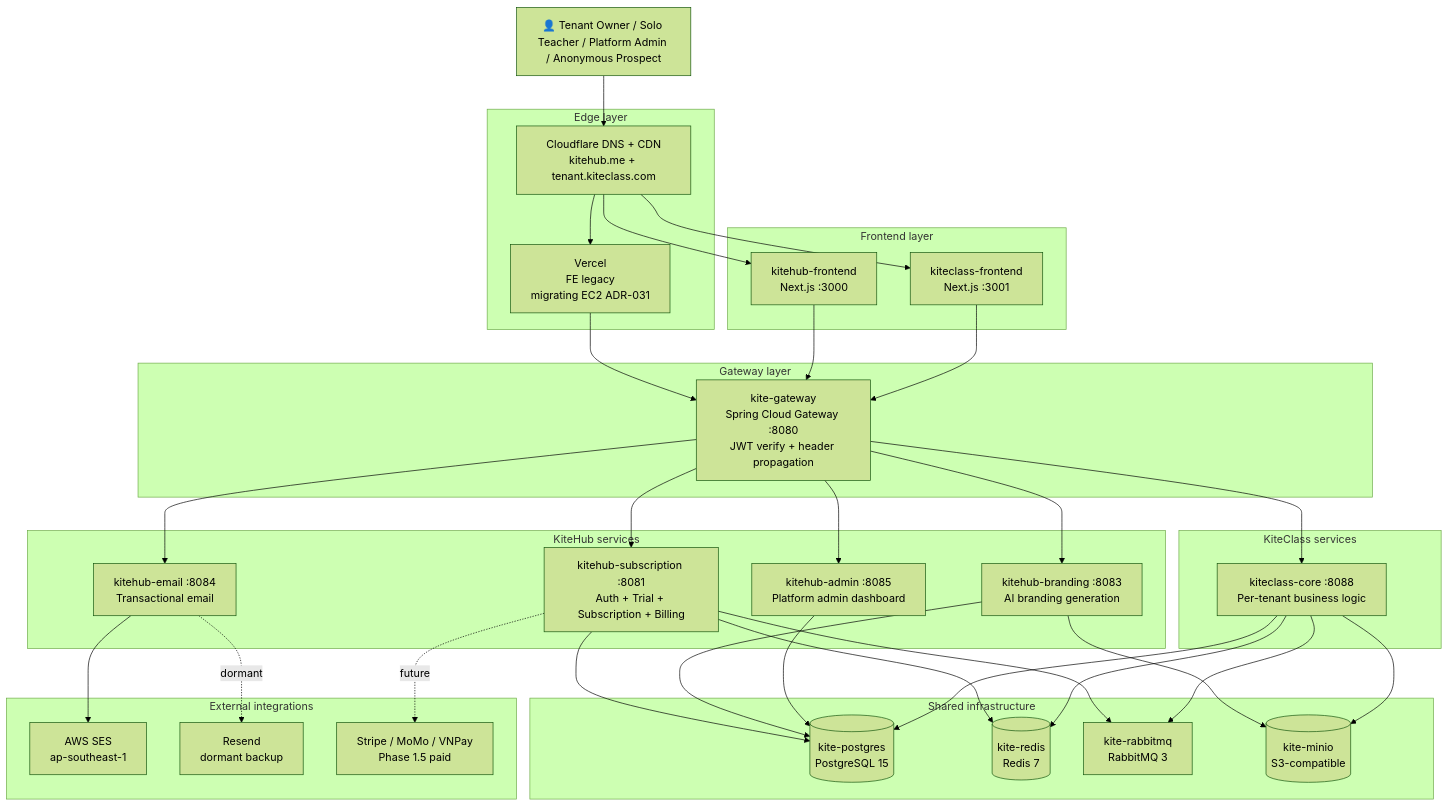
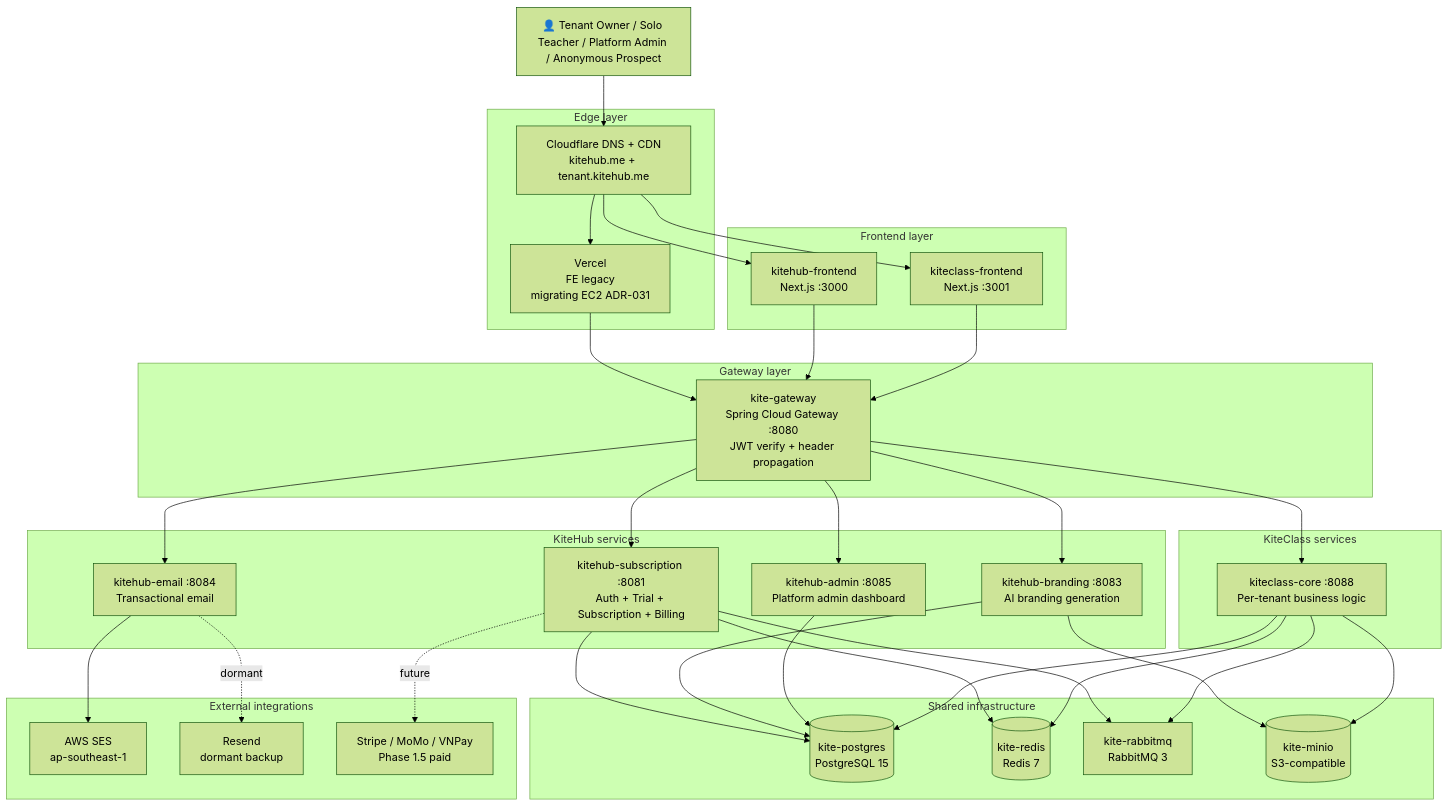
The first of 5 diagrams in documents/02-architecture/kitehub-architecture.md (VictorAurelius/2026-Kite-Class-Platform), drawn with Mermaid (forest theme) before and after one commit. The commit also changed other lines of this file and 278 other files, not shown here.

First line of the commit message:
fix(domain): sweep stale kiteclass.vn/.com → canonical kitehub.me ({slug}.kitehub.me tenant) + CI detector (GAP-1241) (#2374)

````diff
--- a/documents/02-architecture/kitehub-architecture.md
+++ b/documents/02-architecture/kitehub-architecture.md
@@ -31,68 +31,68 @@
 ```mermaid
 flowchart TB
     User[👤 Tenant Owner / Solo Teacher / Platform Admin / Anonymous Prospect]
 
     subgraph Edge[Edge layer]
-        CF[Cloudflare DNS + CDN<br/>kitehub.me + tenant.kiteclass.com]
+        CF[Cloudflare DNS + CDN<br/>kitehub.me + tenant.kitehub.me]
         Vercel[Vercel<br/>FE legacy<br/>migrating EC2 ADR-031]
     end
 
     subgraph FE[Frontend layer]
         KH_FE[kitehub-frontend<br/>Next.js :3000]
         KC_FE[kiteclass-frontend<br/>Next.js :3001]
     end
 
     subgraph GW[Gateway layer]
         Gateway[kite-gateway<br/>Spring Cloud Gateway :8080<br/>JWT verify + header propagation]
     end
 
     subgraph KH[KiteHub services]
         Sub[kitehub-subscription :8081<br/>Auth + Trial + Subscription + Billing]
         Brand[kitehub-branding :8083<br/>AI branding generation]
         Email[kitehub-email :8084<br/>Transactional email]
         Admin[kitehub-admin :8085<br/>Platform admin dashboard]
     end
 
     subgraph KC[KiteClass services]
         Core[kiteclass-core :8088<br/>Per-tenant business logic]
     end
 
     subgraph Shared[Shared infrastructure]
         PG[(kite-postgres<br/>PostgreSQL 15)]
         Redis[(kite-redis<br/>Redis 7)]
         MQ[kite-rabbitmq<br/>RabbitMQ 3]
         MinIO[(kite-minio<br/>S3-compatible)]
     end
 
     subgraph External[External integrations]
         SES[AWS SES<br/>ap-southeast-1]
         Resend[Resend<br/>dormant backup]
         Stripe[Stripe / MoMo / VNPay<br/>Phase 1.5 paid]
     end
 
     User --> CF
     CF --> Vercel
     CF --> KH_FE
     CF --> KC_FE
     Vercel --> Gateway
     KH_FE --> Gateway
     KC_FE --> Gateway
     Gateway --> Sub
     Gateway --> Brand
     Gateway --> Email
     Gateway --> Admin
     Gateway --> Core
     Sub --> PG
     Sub --> Redis
     Sub --> MQ
     Brand --> PG
     Brand --> MinIO
     Email --> SES
     Email -.dormant.-> Resend
     Admin --> PG
     Core --> PG
     Core --> Redis
     Core --> MQ
     Core --> MinIO
     Sub -.future.-> Stripe
 ```
````
